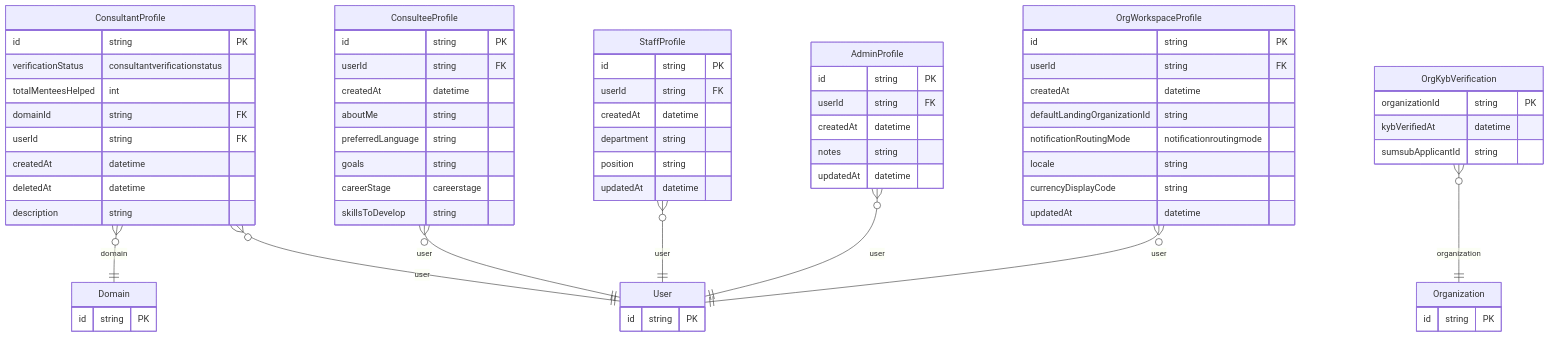
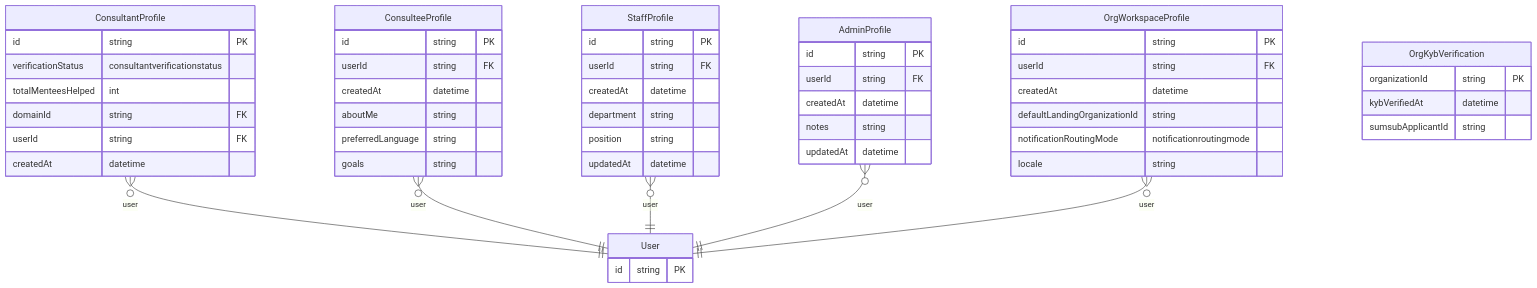
The second of 4 diagrams in docs/prisma/domains/01-identity-and-profiles.md (Practitionist/familiarise_web), drawn with Mermaid before and after one commit. The commit also changed other lines of this file and 14 other files, not shown here.

````diff
--- a/docs/prisma/domains/01-identity-and-profiles.md
+++ b/docs/prisma/domains/01-identity-and-profiles.md
@@ -139,69 +118,55 @@
 ```mermaid
 erDiagram
     ConsultantProfile {
         id string PK
         verificationStatus consultantverificationstatus
         totalMenteesHelped int
         domainId string FK
         userId string FK
         createdAt datetime
-        deletedAt datetime
-        description string
     }
     ConsulteeProfile {
         id string PK
         userId string FK
         createdAt datetime
         aboutMe string
         preferredLanguage string
         goals string
-        careerStage careerstage
-        skillsToDevelop string
     }
     StaffProfile {
         id string PK
         userId string FK
         createdAt datetime
         department string
         position string
         updatedAt datetime
     }
     AdminProfile {
         id string PK
         userId string FK
         createdAt datetime
         notes string
         updatedAt datetime
     }
     OrgWorkspaceProfile {
         id string PK
         userId string FK
         createdAt datetime
         defaultLandingOrganizationId string
         notificationRoutingMode notificationroutingmode
         locale string
-        currencyDisplayCode string
-        updatedAt datetime
     }
     OrgKybVerification {
         organizationId string PK
         kybVerifiedAt datetime
         sumsubApplicantId string
     }
     User {
         id string PK
     }
-    Domain {
-        id string PK
-    }
-    Organization {
-        id string PK
-    }
-    ConsultantProfile }o--|| Domain : "domain"
     ConsultantProfile }o--|| User : "user"
     ConsulteeProfile }o--|| User : "user"
     StaffProfile }o--|| User : "user"
     AdminProfile }o--|| User : "user"
     OrgWorkspaceProfile }o--|| User : "user"
-    OrgKybVerification }o--|| Organization : "organization"
 ```
````
